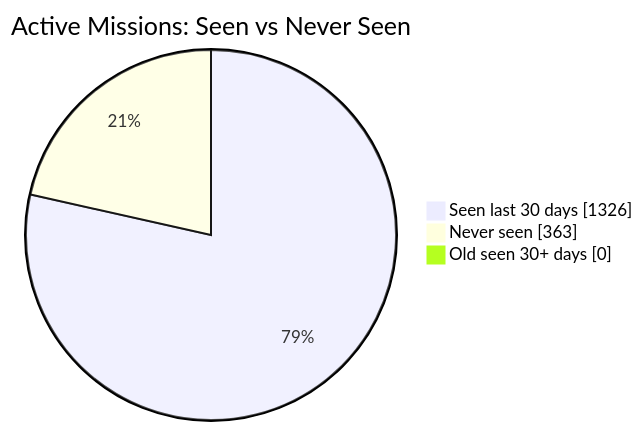
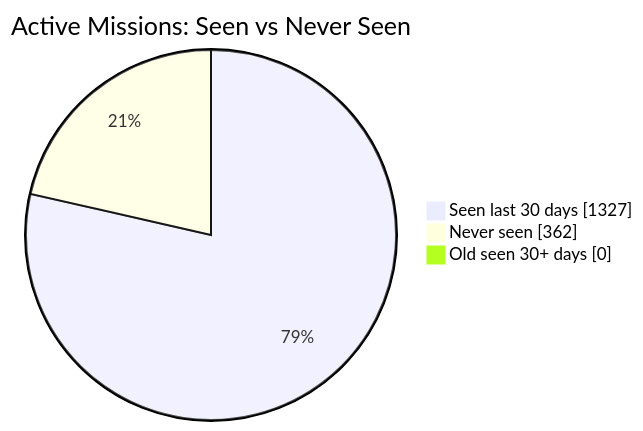
The first of 2 diagrams in README.md (MeldkamerspelGameTeam/active-missions), drawn with Mermaid before and after one commit. The commit also changed other lines of this file and 3 other files, not shown here.

````diff
--- a/README.md
+++ b/README.md
@@ -34,7 +34,7 @@
 ```mermaid
 pie showData
     title Active Missions: Seen vs Never Seen
-    "Seen last 30 days" : 1326
-    "Never seen" : 363
+    "Seen last 30 days" : 1327
+    "Never seen" : 362
     "Old seen 30+ days" : 0
 ```
````
